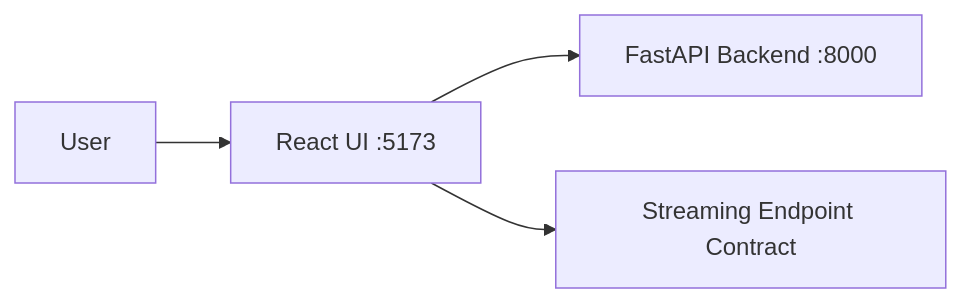
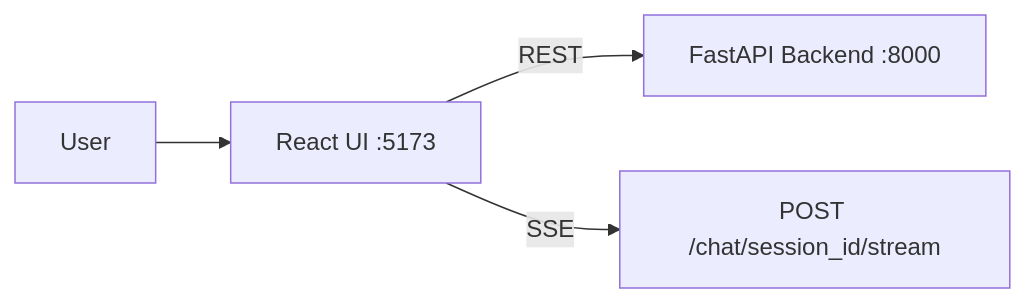
One commit to federico-orsi-dev/SourceLogic changed the diagram in frontend/README.md. Above: the diagram before and after it, drawn with Mermaid. The commit also changed other lines of this file and 11 other files, not shown here.

````diff
--- a/frontend/README.md
+++ b/frontend/README.md
@@ -16,6 +18,6 @@
 ```mermaid
 flowchart LR
     U[User] --> UI[React UI :5173]
-    UI --> API[FastAPI Backend :8000]
-    UI --> Stream[Streaming Endpoint Contract]
+    UI -->|REST| API[FastAPI Backend :8000]
+    UI -->|SSE| Stream[POST /chat/session_id/stream]
 ```
````
